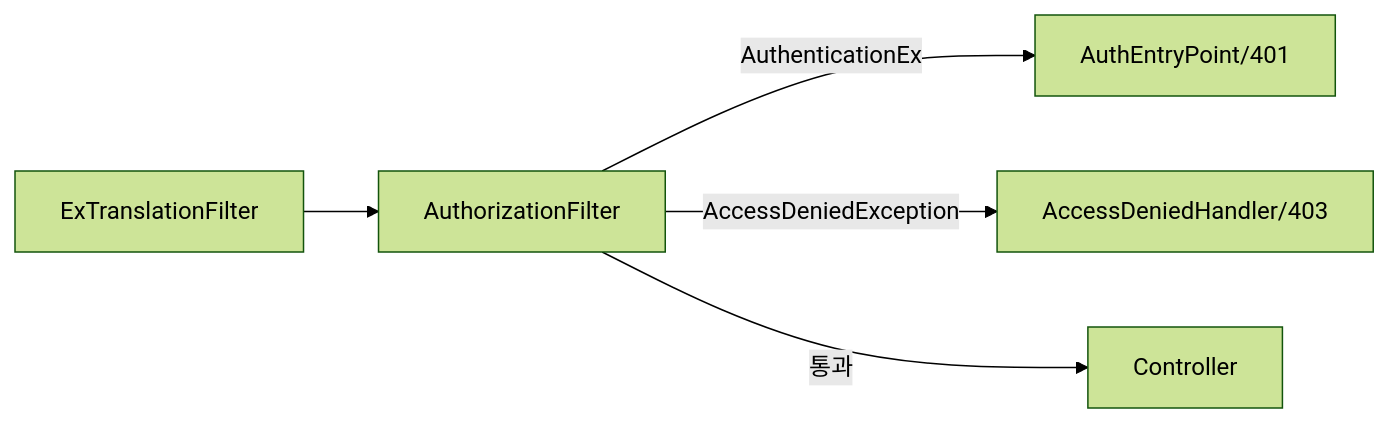
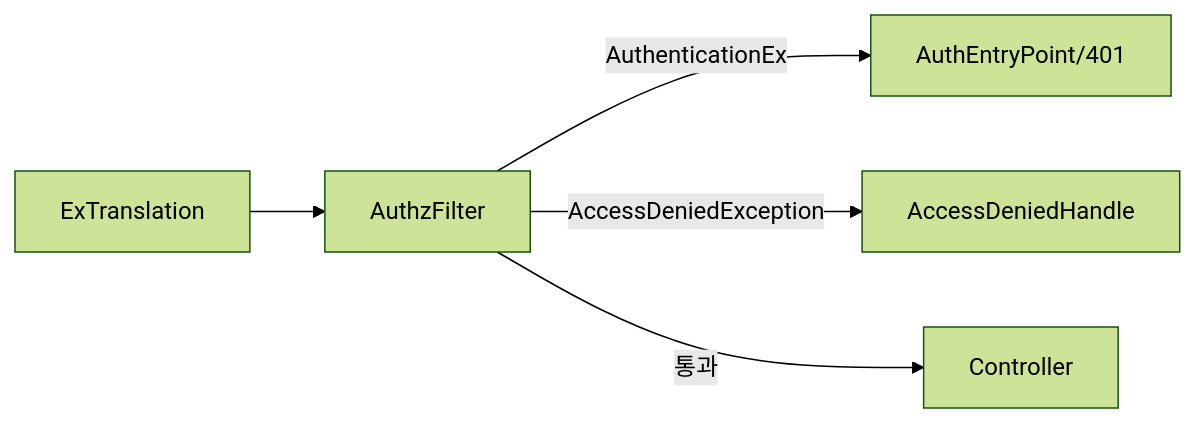
The second of 4 diagrams in _posts/spring/2026-05-01-spring-security-architecture.md (yjkim2015/yjkim2015.github.io), drawn with Mermaid (forest theme) before and after one commit. The commit also changed other lines of this file and 245 other files, not shown here.

First line of the commit message:
Mermaid 다이어그램 전면 수정 + 면접 포인트 접기/펼치기 + DB 데드락 페이지

````diff
--- a/_posts/spring/2026-05-01-spring-security-architecture.md
+++ b/_posts/spring/2026-05-01-spring-security-architecture.md
@@ -280,7 +280,7 @@
 ```mermaid
 graph LR
-    A["ExTranslationFilter"] --> B["AuthorizationFilter"]
+    A["ExTranslation"] --> B["AuthzFilter"]
     B -->|"AuthenticationEx"| C["AuthEntryPoint/401"]
-    B -->|"AccessDeniedException"| D["AccessDeniedHandler/403"]
+    B -->|"AccessDeniedException"| D["AccessDeniedHandle"]
     B -->|"통과"| E["Controller"]
 ```
````
